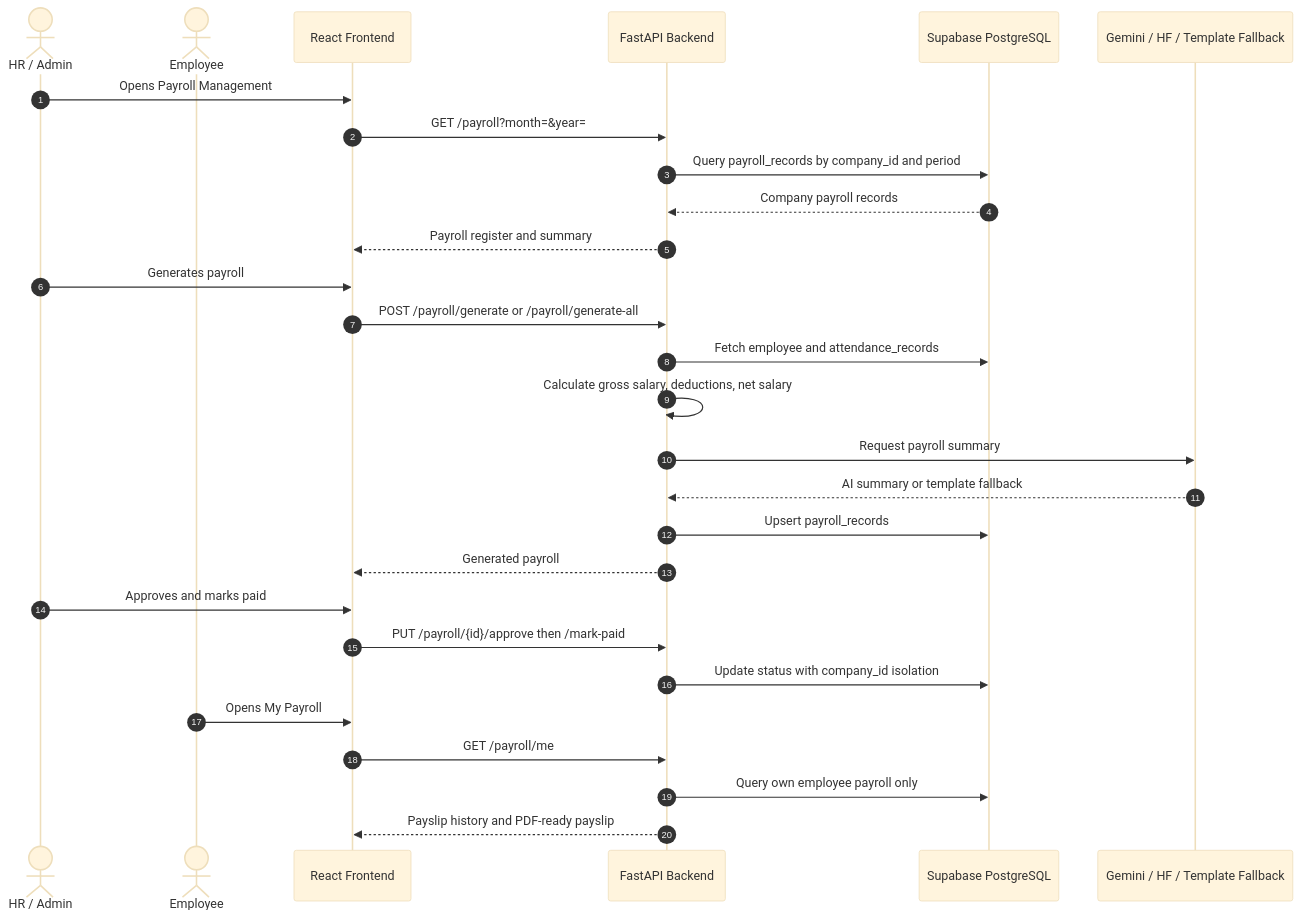
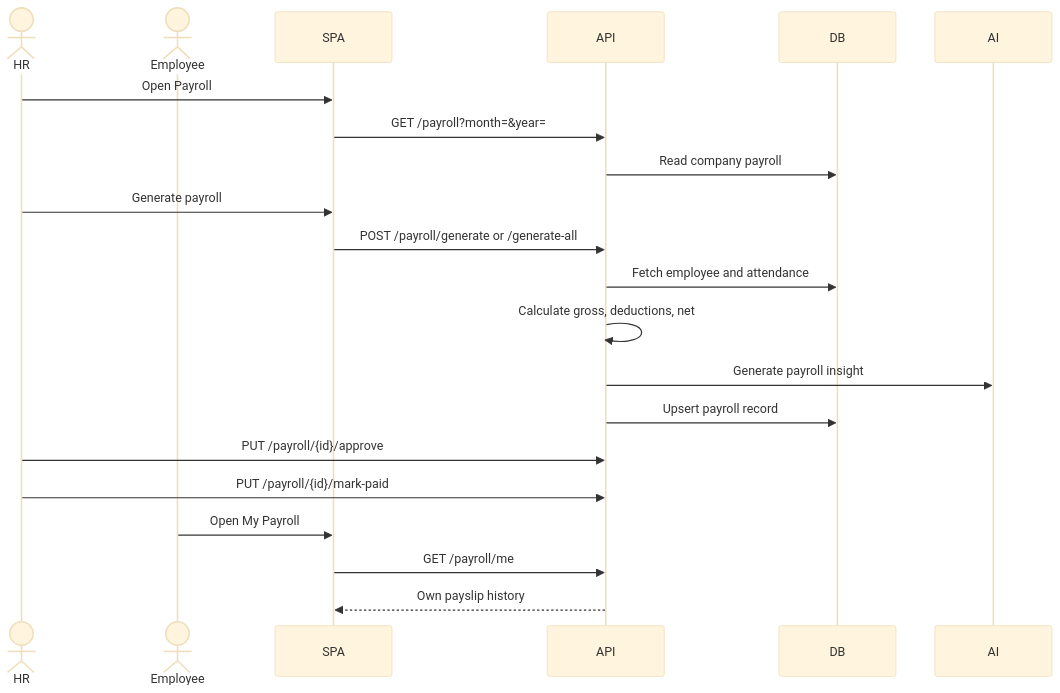
The fifth of 7 diagrams in docs/APP_FLOW.md (pranavvenu12/ai-hiring-os), drawn with Mermaid (base theme) before and after one commit. The commit also changed other lines of this file and 12 other files, not shown here.

````diff
--- a/docs/APP_FLOW.md
+++ b/docs/APP_FLOW.md
@@ -157,34 +92,24 @@
 ```mermaid
 sequenceDiagram
-    autonumber
-    actor HR as HR / Admin
-    actor Emp as Employee
-    participant SPA as React Frontend
-    participant API as FastAPI Backend
-    participant DB as Supabase PostgreSQL
-    participant AI as Gemini / HF / Template Fallback
+    actor HR
+    actor Employee
+    participant SPA
+    participant API
+    participant DB
+    participant AI
 
-    HR->>SPA: Opens Payroll Management
+    HR->>SPA: Open Payroll
     SPA->>API: GET /payroll?month=&year=
-    API->>DB: Query payroll_records by company_id and period
-    DB-->>API: Company payroll records
-    API-->>SPA: Payroll register and summary
-
-    HR->>SPA: Generates payroll
-    SPA->>API: POST /payroll/generate or /payroll/generate-all
-    API->>DB: Fetch employee and attendance_records
-    API->>API: Calculate gross salary, deductions, net salary
-    API->>AI: Request payroll summary
-    AI-->>API: AI summary or template fallback
-    API->>DB: Upsert payroll_records
-    API-->>SPA: Generated payroll
-
-    HR->>SPA: Approves and marks paid
-    SPA->>API: PUT /payroll/{id}/approve then /mark-paid
-    API->>DB: Update status with company_id isolation
-
-    Emp->>SPA: Opens My Payroll
+    API->>DB: Read company payroll
+    HR->>SPA: Generate payroll
+    SPA->>API: POST /payroll/generate or /generate-all
+    API->>DB: Fetch employee and attendance
+    API->>API: Calculate gross, deductions, net
+    API->>AI: Generate payroll insight
+    API->>DB: Upsert payroll record
+    HR->>API: PUT /payroll/{id}/approve
+    HR->>API: PUT /payroll/{id}/mark-paid
+    Employee->>SPA: Open My Payroll
     SPA->>API: GET /payroll/me
-    API->>DB: Query own employee payroll only
-    API-->>SPA: Payslip history and PDF-ready payslip
+    API-->>SPA: Own payslip history
 ```
````
